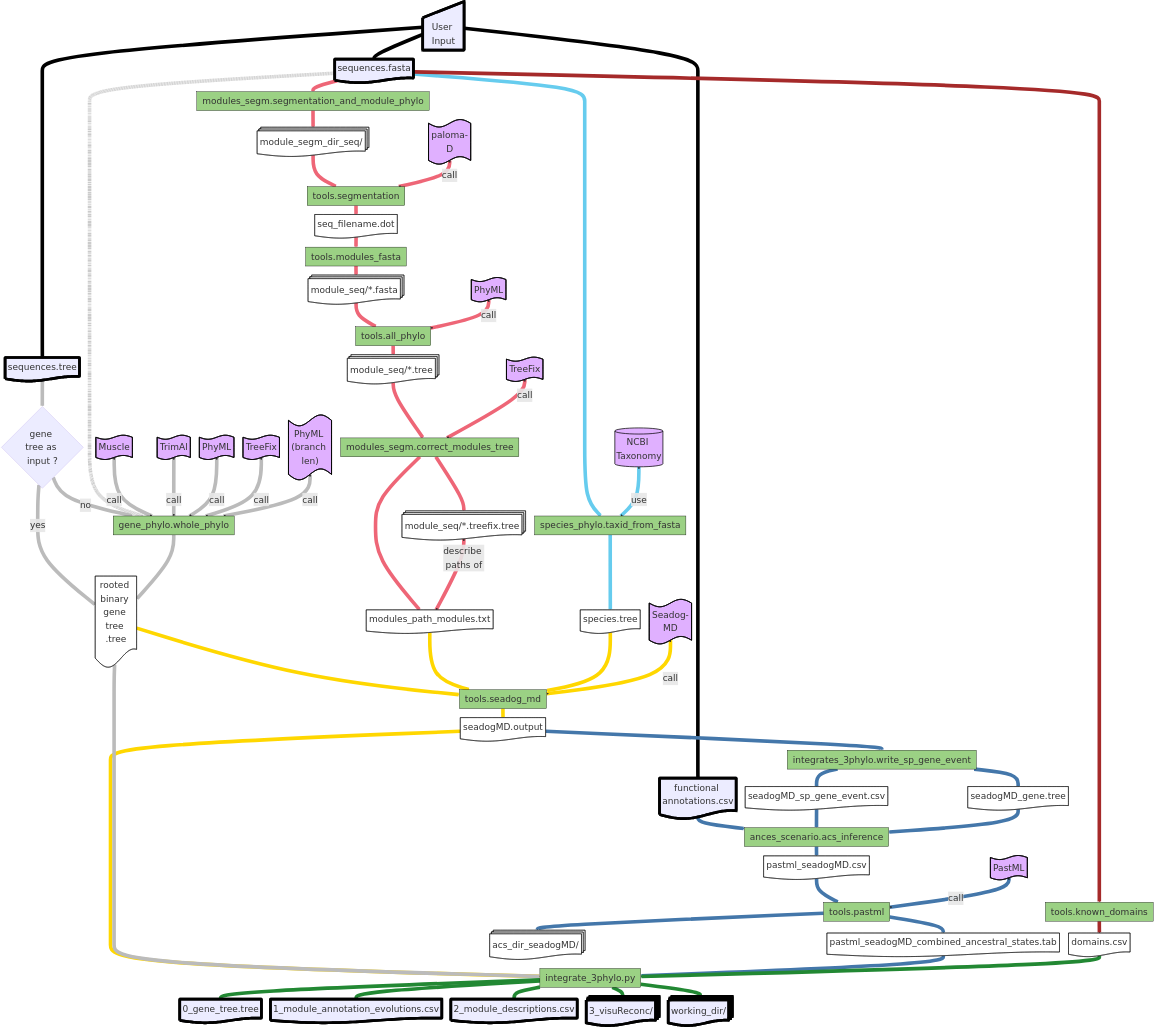
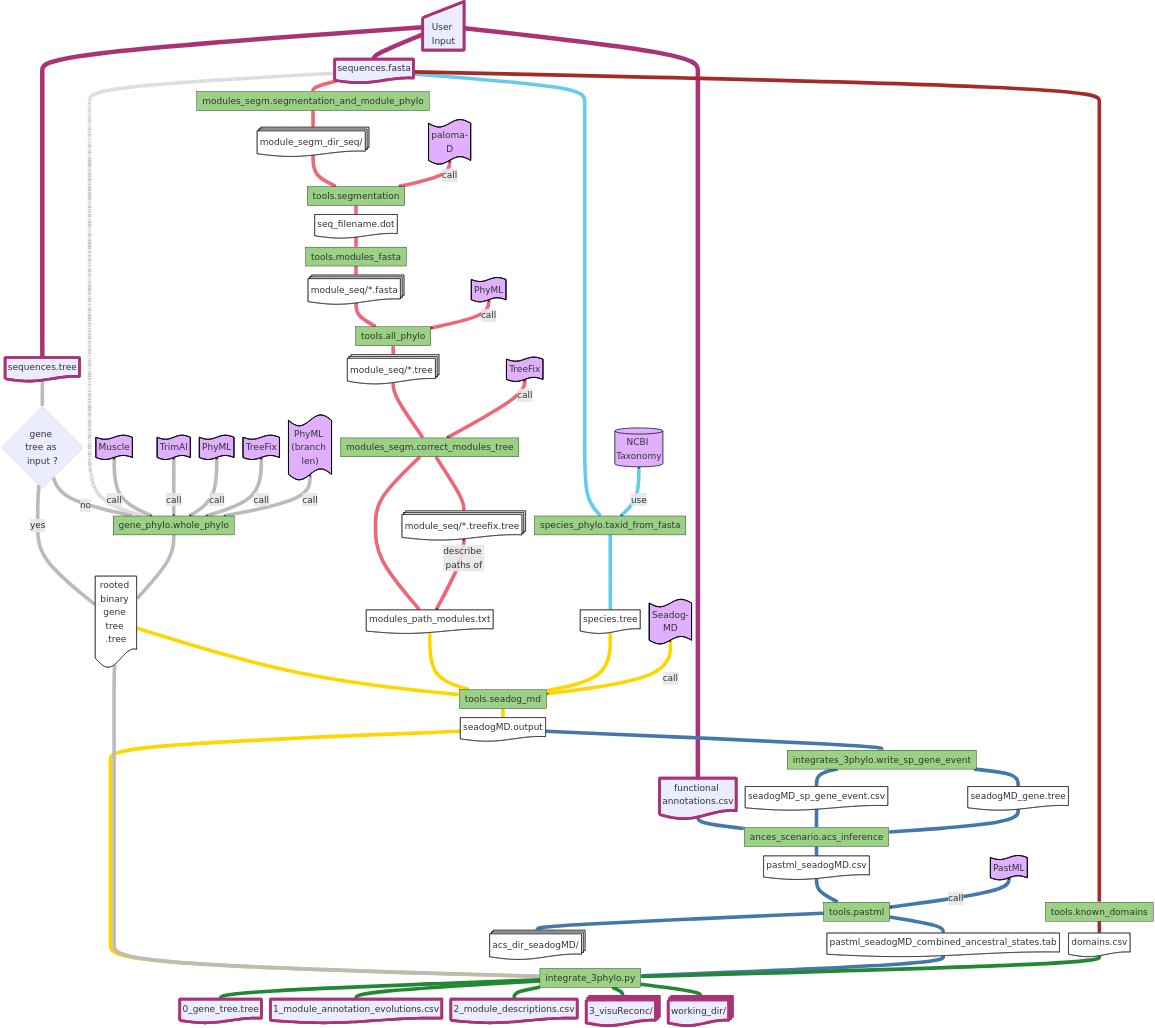
The diagram in README.md (OcMalde/fuse-phylotree), drawn with Mermaid before and after one commit.

Commit message:
updated detailed flowchart with purple instead of black for input

```diff
--- a/README.md
+++ b/README.md
@@ -94,9 +94,9 @@
 i1 --> i5@{ shape: docs, label: "3_visuReconc/" }
 i1 --> i6@{ shape: docs, label: "working_dir/" }
 
-linkStyle 0 stroke:black, stroke-width:20px
-linkStyle 1 stroke:black, stroke-width:20px
-linkStyle 2 stroke:black, stroke-width:20px
+linkStyle 0 stroke:#AA3377, stroke-width:25px
+linkStyle 1 stroke:#AA3377, stroke-width:25px
+linkStyle 2 stroke:#AA3377, stroke-width:25px
 linkStyle 3 stroke:#EE6677, stroke-width:20px
 linkStyle 4 stroke:#EE6677, stroke-width:20px
 linkStyle 5 stroke:#EE6677, stroke-width:20px
@@ -159,7 +159,7 @@
 classDef files fill:#fff,stroke:#000,stroke-width:2px;
 class m2,m4,m7,m12,m13,m14,g2,s3,r3,r5,r6,a2,a5,a6,d2 files
 
-classDef input stroke:#000,stroke-width:15px;
+classDef input stroke:#AA3377,stroke-width:15px;
 class U,A,B,C,i2,i3,i4,i5,i6 input
 
 classDef scripts fill:#9BD184,stroke:#000,stroke-width:2px;
```
